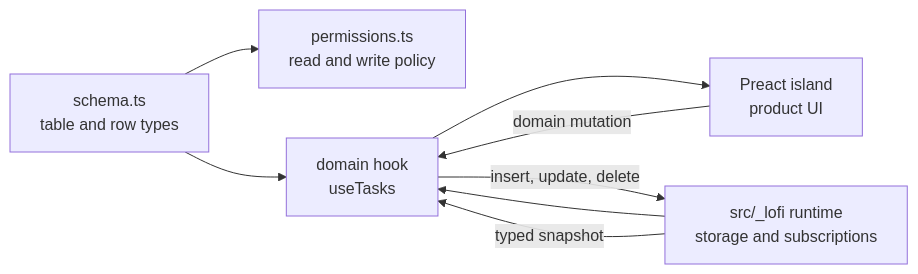
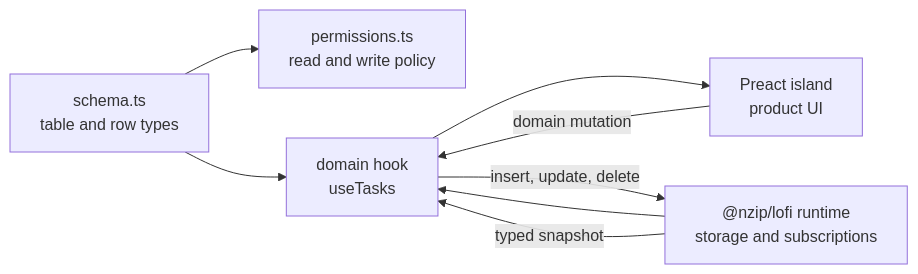
Before and after one commit to FelineStateMachine/lofi: the first of 2 diagrams in docs/data-and-ui.md, drawn with Mermaid. The commit also changed other lines of this file and 97 other files, not shown here.

````diff
--- a/docs/data-and-ui.md
+++ b/docs/data-and-ui.md
@@ -5,10 +5,10 @@
 ```mermaid
 flowchart LR
     Schema["schema.ts<br/>table and row types"] --> Permissions["permissions.ts<br/>read and write policy"]
     Schema --> Hook["domain hook<br/>useTasks"]
-    Runtime["src/_lofi runtime<br/>storage and subscriptions"] --> Hook
+    Runtime["@nzip/lofi runtime<br/>storage and subscriptions"] --> Hook
     Hook --> Island["Preact island<br/>product UI"]
     Island -- "domain mutation" --> Hook
     Hook -- "insert, update, delete" --> Runtime
     Runtime -- "typed snapshot" --> Hook
 ```
````
